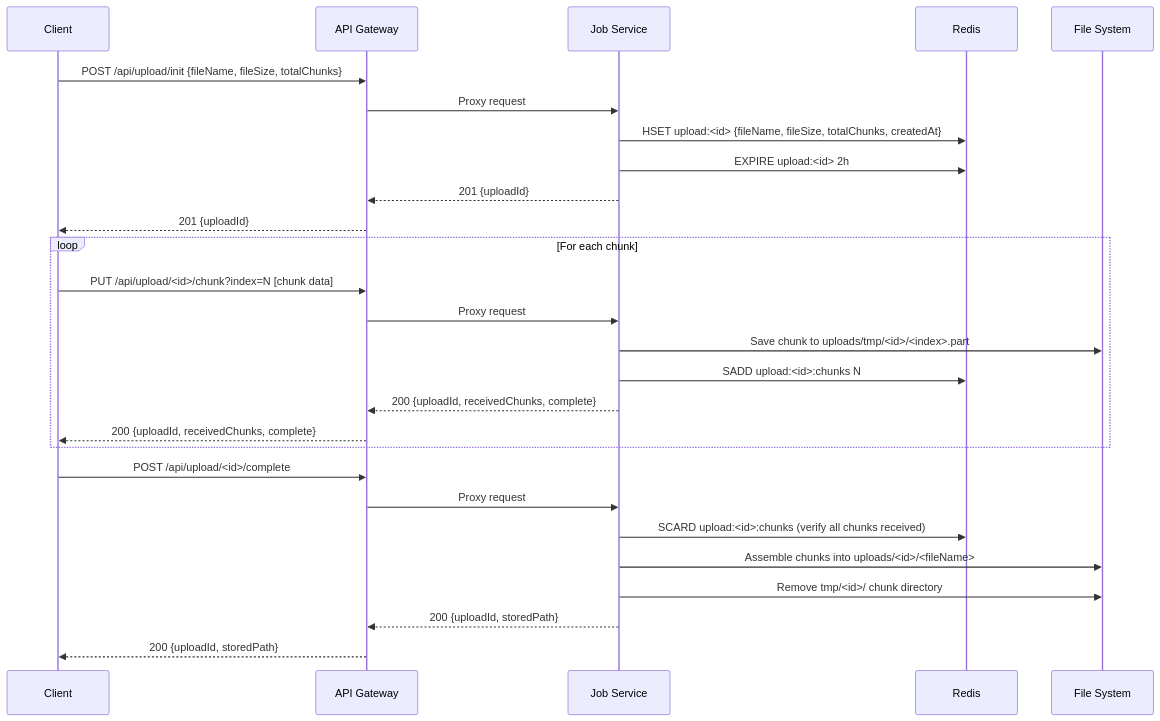
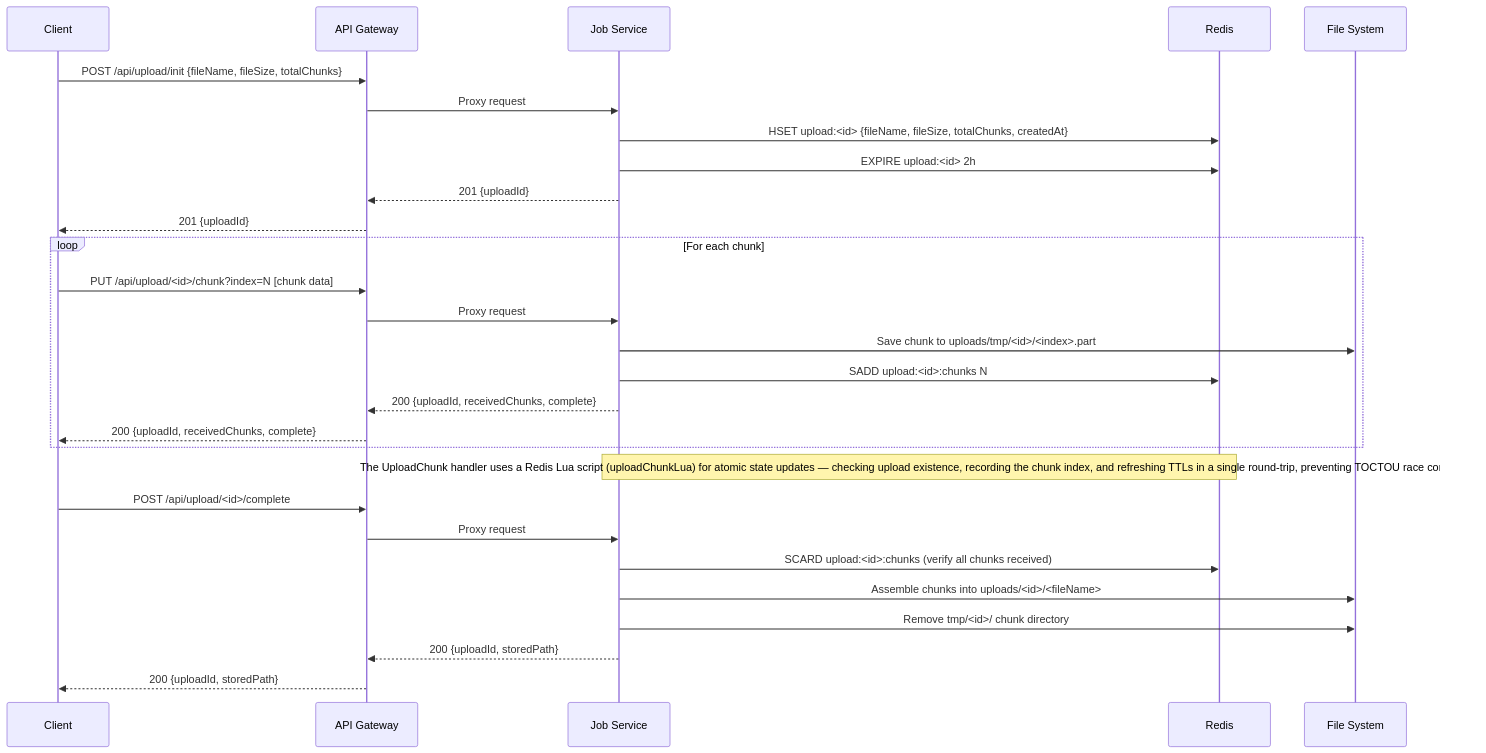
One commit to Prachidubey2003/fyredocs_backend changed the first of 4 diagrams in docs/services/JOB_SERVICE.md. Above: the diagram before and after it, drawn with Mermaid. The commit also changed other lines of this file and 41 other files, not shown here.

````diff
--- a/docs/services/JOB_SERVICE.md
+++ b/docs/services/JOB_SERVICE.md
@@ -212,32 +243,34 @@
 ```mermaid
 sequenceDiagram
     participant C as Client
     participant GW as API Gateway
     participant JS as Job Service
     participant R as Redis
     participant FS as File System
 
     C->>GW: POST /api/upload/init {fileName, fileSize, totalChunks}
     GW->>JS: Proxy request
     JS->>R: HSET upload:<id> {fileName, fileSize, totalChunks, createdAt}
     JS->>R: EXPIRE upload:<id> 2h
     JS-->>GW: 201 {uploadId}
     GW-->>C: 201 {uploadId}
 
     loop For each chunk
         C->>GW: PUT /api/upload/<id>/chunk?index=N [chunk data]
         GW->>JS: Proxy request
         JS->>FS: Save chunk to uploads/tmp/<id>/<index>.part
         JS->>R: SADD upload:<id>:chunks N
         JS-->>GW: 200 {uploadId, receivedChunks, complete}
         GW-->>C: 200 {uploadId, receivedChunks, complete}
     end
 
+    Note over JS,R: The UploadChunk handler uses a Redis Lua script (uploadChunkLua) for atomic state updates — checking upload existence, recording the chunk index, and refreshing TTLs in a single round-trip, preventing TOCTOU race conditions.
+
     C->>GW: POST /api/upload/<id>/complete
     GW->>JS: Proxy request
     JS->>R: SCARD upload:<id>:chunks (verify all chunks received)
     JS->>FS: Assemble chunks into uploads/<id>/<fileName>
     JS->>FS: Remove tmp/<id>/ chunk directory
     JS-->>GW: 200 {uploadId, storedPath}
     GW-->>C: 200 {uploadId, storedPath}
 ```
````
